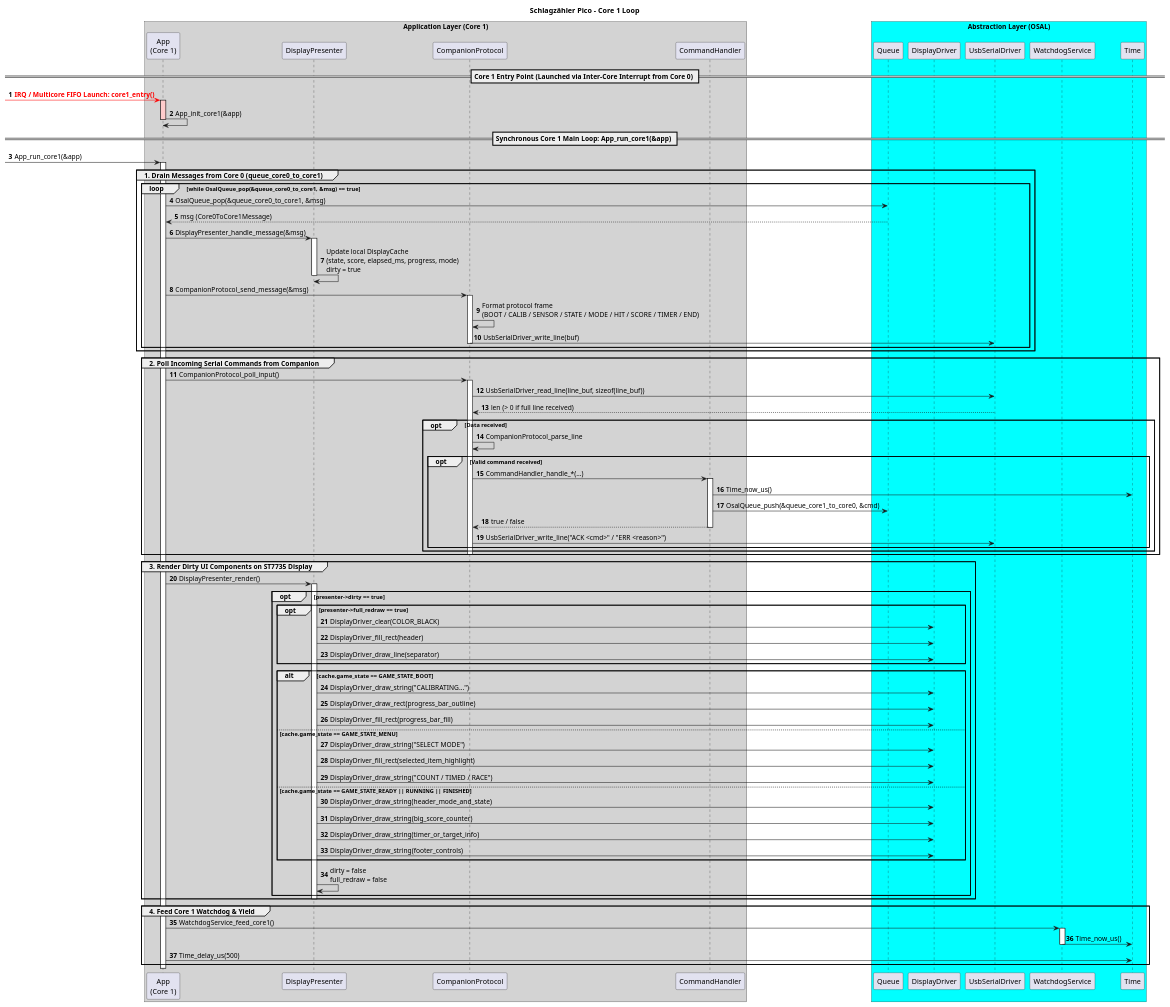
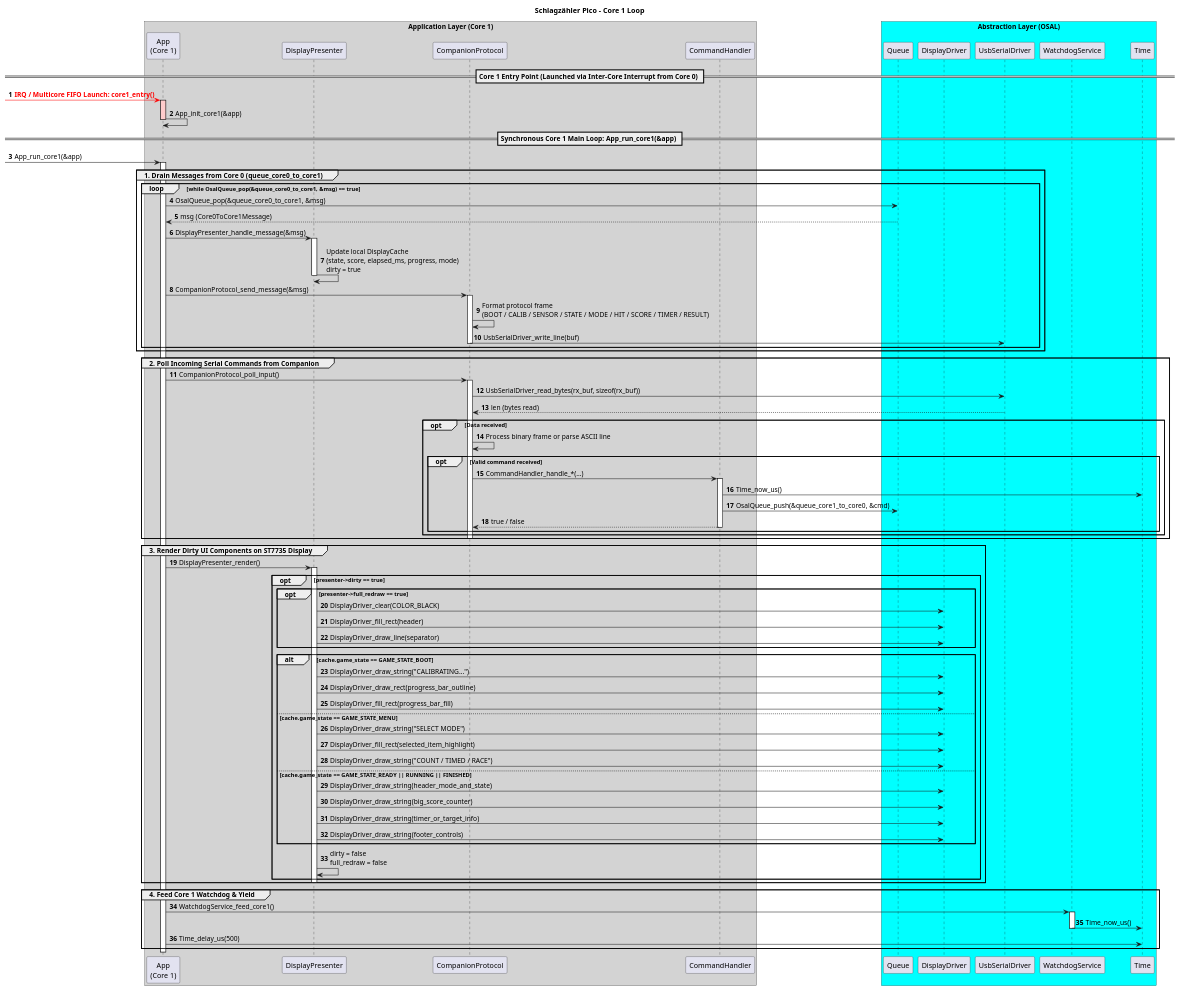
Before and after one commit to rafaelurben/raspberry-pi-pico-schlagzaehler: the diagram in docs/diagrams/sequence_pico_core1_loop.puml, drawn with PlantUML. The commit also changed 40 other files, not shown here.

```diff
--- a/docs/diagrams/sequence_pico_core1_loop.puml
+++ b/docs/diagrams/sequence_pico_core1_loop.puml
@@ -1,116 +1,115 @@
 @startuml
 title Schlagzähler Pico – Core 1 Loop
 
 skinparam shadowing false
 skinparam responseMessageBelowArrow true
 skinparam sequenceMessageAlign left
 autonumber
 
 box "Application Layer (Core 1)" #LightGray
     participant "App\n(Core 1)" as App
     participant "DisplayPresenter" as DisplayPresenter
     participant "CompanionProtocol" as CompanionProtocol
     participant "CommandHandler" as CommandHandler
 end box
 
 box "Abstraction Layer (OSAL)" #Cyan
     participant "Queue" as Queue
     participant "DisplayDriver" as DisplayDriver
     participant "UsbSerialDriver" as UsbSerialDriver
     participant "WatchdogService" as WatchdogService
     participant "Time" as Time
 end box
 
 == Core 1 Entry Point (Launched via Inter-Core Interrupt from Core 0) ==
 
 [-[#Red]> App : <color:Red><b>IRQ / Multicore FIFO Launch: core1_entry()</b></color>
 activate App #FFCCCC
 App -> App : App_init_core1(&app)
 deactivate App
 
 == Synchronous Core 1 Main Loop: App_run_core1(&app) ==
 
 [-> App : App_run_core1(&app)
 activate App
 
 group 1. Drain Messages from Core 0 (queue_core0_to_core1)
     loop while OsalQueue_pop(&queue_core0_to_core1, &msg) == true
         App -> Queue : OsalQueue_pop(&queue_core0_to_core1, &msg)
         Queue --> App : msg (Core0ToCore1Message)
 
         App -> DisplayPresenter : DisplayPresenter_handle_message(&msg)
         activate DisplayPresenter
         DisplayPresenter -> DisplayPresenter : Update local DisplayCache\n(state, score, elapsed_ms, progress, mode)\ndirty = true
         deactivate DisplayPresenter
 
         App -> CompanionProtocol : CompanionProtocol_send_message(&msg)
         activate CompanionProtocol
-        CompanionProtocol -> CompanionProtocol : Format protocol frame\n(BOOT / CALIB / SENSOR / STATE / MODE / HIT / SCORE / TIMER / END)
+        CompanionProtocol -> CompanionProtocol : Format protocol frame\n(BOOT / CALIB / SENSOR / STATE / MODE / HIT / SCORE / TIMER / RESULT)
         CompanionProtocol -> UsbSerialDriver : UsbSerialDriver_write_line(buf)
         deactivate CompanionProtocol
     end
 end
 
 group 2. Poll Incoming Serial Commands from Companion
     App -> CompanionProtocol : CompanionProtocol_poll_input()
     activate CompanionProtocol
-    CompanionProtocol -> UsbSerialDriver : UsbSerialDriver_read_line(line_buf, sizeof(line_buf))
-    UsbSerialDriver --> CompanionProtocol : len (> 0 if full line received)
+    CompanionProtocol -> UsbSerialDriver : UsbSerialDriver_read_bytes(rx_buf, sizeof(rx_buf))
+    UsbSerialDriver --> CompanionProtocol : len (bytes read)
 
     opt Data received
-        CompanionProtocol -> CompanionProtocol : CompanionProtocol_parse_line
+        CompanionProtocol -> CompanionProtocol : Process binary frame or parse ASCII line
         opt Valid command received
             CompanionProtocol -> CommandHandler : CommandHandler_handle_*(...)
             activate CommandHandler
             CommandHandler -> Time : Time_now_us()
             CommandHandler -> Queue : OsalQueue_push(&queue_core1_to_core0, &cmd)
             CommandHandler --> CompanionProtocol : true / false
             deactivate CommandHandler
-            CompanionProtocol -> UsbSerialDriver : UsbSerialDriver_write_line("ACK <cmd>" / "ERR <reason>")
         end
     end
     deactivate CompanionProtocol
 end
 
 group 3. Render Dirty UI Components on ST7735 Display
     App -> DisplayPresenter : DisplayPresenter_render()
     activate DisplayPresenter
     opt presenter->dirty == true
         opt presenter->full_redraw == true
             DisplayPresenter -> DisplayDriver : DisplayDriver_clear(COLOR_BLACK)
             DisplayPresenter -> DisplayDriver : DisplayDriver_fill_rect(header)
             DisplayPresenter -> DisplayDriver : DisplayDriver_draw_line(separator)
         end
 
         alt cache.game_state == GAME_STATE_BOOT
             DisplayPresenter -> DisplayDriver : DisplayDriver_draw_string("CALIBRATING...")
             DisplayPresenter -> DisplayDriver : DisplayDriver_draw_rect(progress_bar_outline)
             DisplayPresenter -> DisplayDriver : DisplayDriver_fill_rect(progress_bar_fill)
         else cache.game_state == GAME_STATE_MENU
             DisplayPresenter -> DisplayDriver : DisplayDriver_draw_string("SELECT MODE")
             DisplayPresenter -> DisplayDriver : DisplayDriver_fill_rect(selected_item_highlight)
             DisplayPresenter -> DisplayDriver : DisplayDriver_draw_string("COUNT / TIMED / RACE")
         else cache.game_state == GAME_STATE_READY || RUNNING || FINISHED
             DisplayPresenter -> DisplayDriver : DisplayDriver_draw_string(header_mode_and_state)
             DisplayPresenter -> DisplayDriver : DisplayDriver_draw_string(big_score_counter)
             DisplayPresenter -> DisplayDriver : DisplayDriver_draw_string(timer_or_target_info)
             DisplayPresenter -> DisplayDriver : DisplayDriver_draw_string(footer_controls)
         end
 
         DisplayPresenter -> DisplayPresenter : dirty = false\nfull_redraw = false
     end
     deactivate DisplayPresenter
 end
 
 group 4. Feed Core 1 Watchdog & Yield
     App -> WatchdogService : WatchdogService_feed_core1()
     activate WatchdogService
     WatchdogService -> Time : Time_now_us()
     deactivate WatchdogService
 
     App -> Time : Time_delay_us(500)
 end
 
 deactivate App
 
 @enduml
```
